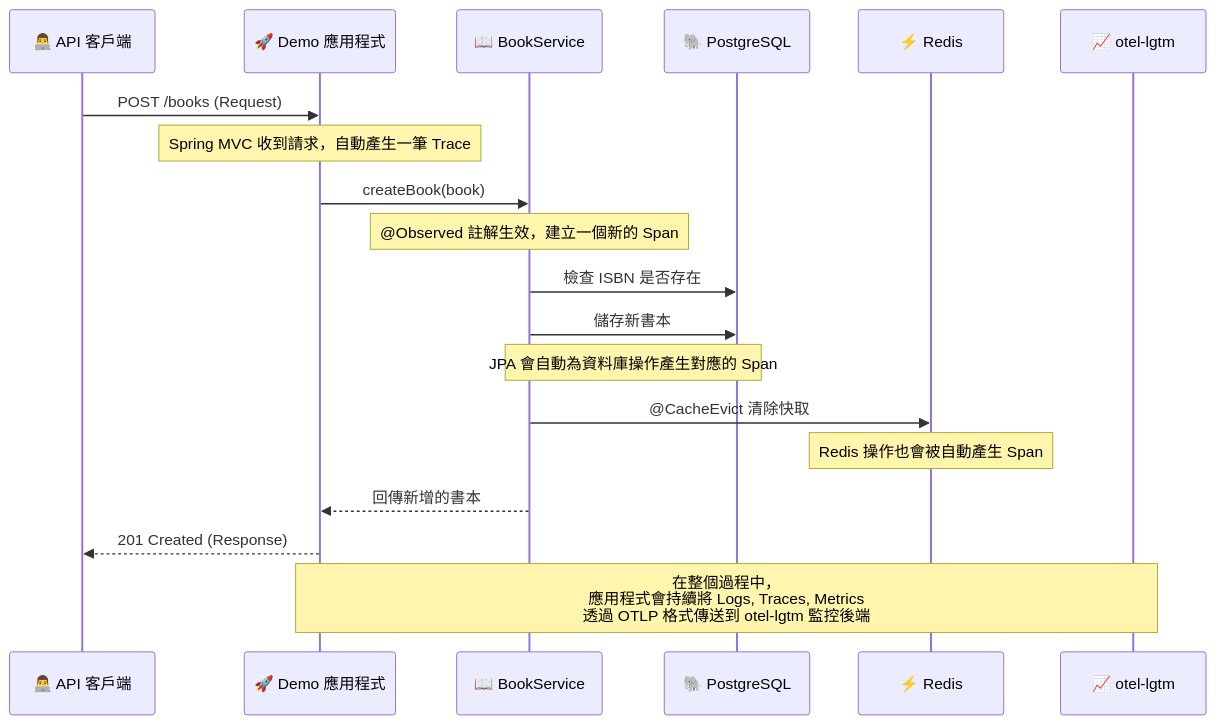
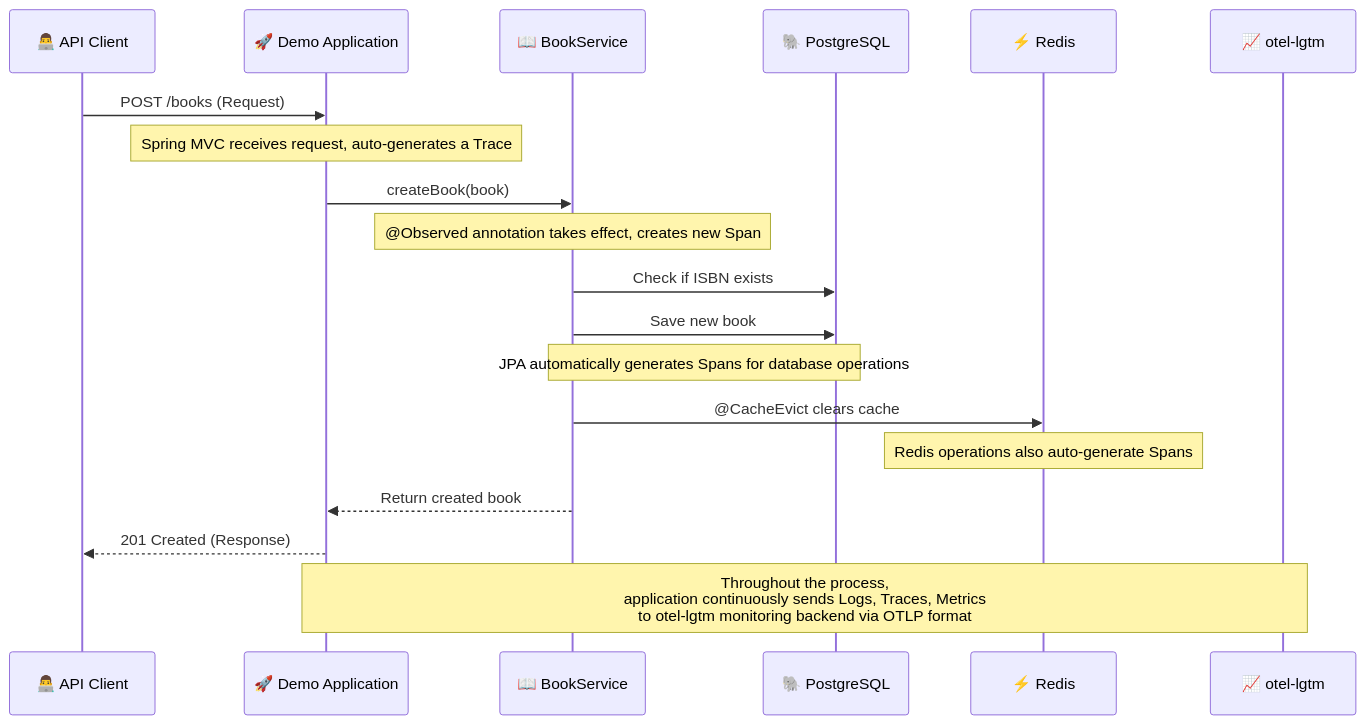
Before and after one commit to samzhu/demo-springboot-250613: the fourth of 4 diagrams in README.md, drawn with Mermaid. The commit also changed other lines of this file and 1 other file, not shown here.

````diff
--- a/README.md
+++ b/README.md
@@ -1312,27 +1311,27 @@
 ```mermaid
 sequenceDiagram
-    participant Client as 👨‍💻 API 客戶端
-    participant App as 🚀 Demo 應用程式
+    participant Client as 👨‍💻 API Client
+    participant App as 🚀 Demo Application
     participant SVC as 📖 BookService
     participant DB as 🐘 PostgreSQL
     participant Cache as ⚡ Redis
     participant LGTM as 📈 otel-lgtm
 
     Client ->> App: POST /books (Request)
-    Note over App: Spring MVC 收到請求，自動產生一筆 Trace
+    Note over App: Spring MVC receives request, auto-generates a Trace
 
     App ->> SVC: createBook(book)
-    Note over SVC: @Observed 註解生效，建立一個新的 Span
+    Note over SVC: @Observed annotation takes effect, creates new Span
 
-    SVC ->> DB: 檢查 ISBN 是否存在
-    SVC ->> DB: 儲存新書本
-    Note over SVC,DB: JPA 會自動為資料庫操作產生對應的 Span
+    SVC ->> DB: Check if ISBN exists
+    SVC ->> DB: Save new book
+    Note over SVC,DB: JPA automatically generates Spans for database operations
 
-    SVC ->> Cache: @CacheEvict 清除快取
-    Note over Cache: Redis 操作也會被自動產生 Span
+    SVC ->> Cache: @CacheEvict clears cache
+    Note over Cache: Redis operations also auto-generate Spans
 
-    SVC -->> App: 回傳新增的書本
+    SVC -->> App: Return created book
     App -->> Client: 201 Created (Response)
 
-    Note over App,LGTM: 在整個過程中，<br/>應用程式會持續將 Logs, Traces, Metrics<br/>透過 OTLP 格式傳送到 otel-lgtm 監控後端
+    Note over App,LGTM: Throughout the process,<br/>application continuously sends Logs, Traces, Metrics<br/>to otel-lgtm monitoring backend via OTLP format
 ```
````
